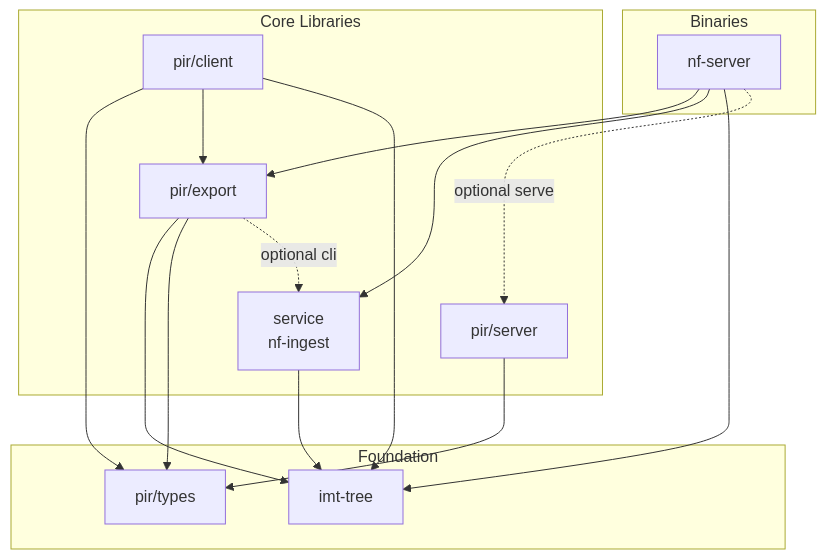
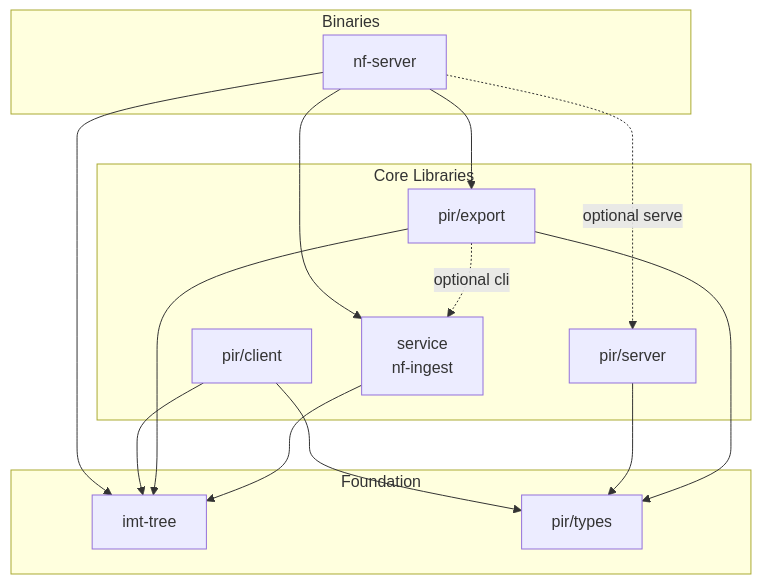
The diagram in README.md (jp4g/vote-nullifier-pir), drawn with Mermaid before and after one commit. The commit also changed 16 other files, not shown here.

````diff
--- a/README.md
+++ b/README.md
@@ -13,31 +13,30 @@
 ```mermaid
 graph TD
     subgraph foundation [Foundation]
         imtTree[imt-tree]
         pirTypes[pir/types]
     end
 
     subgraph core [Core Libraries]
         service[service<br/>nf-ingest]
         pirExport[pir/export]
         pirServer[pir/server]
         pirClient[pir/client]
     end
 
     subgraph binaries [Binaries]
         nfServer[nf-server]
     end
 
     service --> imtTree
     pirExport --> imtTree
     pirExport --> pirTypes
     pirExport -.->|optional cli| service
     pirServer --> pirTypes
     pirClient --> pirTypes
-    pirClient --> pirExport
     pirClient --> imtTree
     nfServer --> pirExport
     nfServer --> service
     nfServer --> imtTree
     nfServer -.->|optional serve| pirServer
 ```
````
